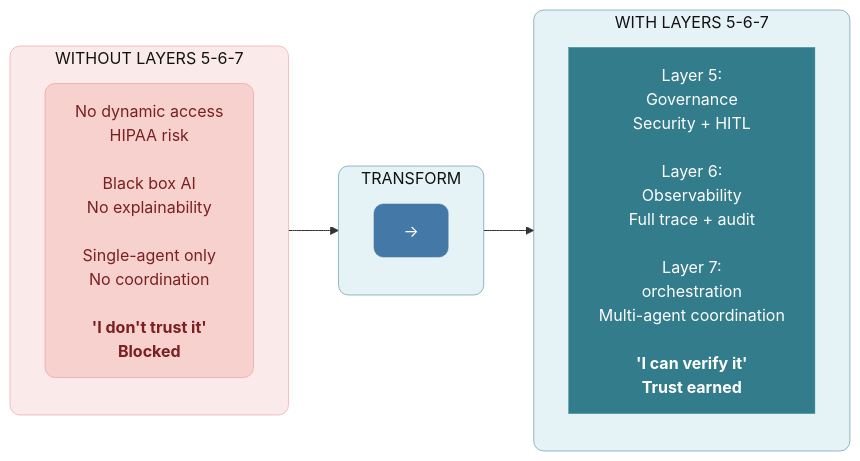
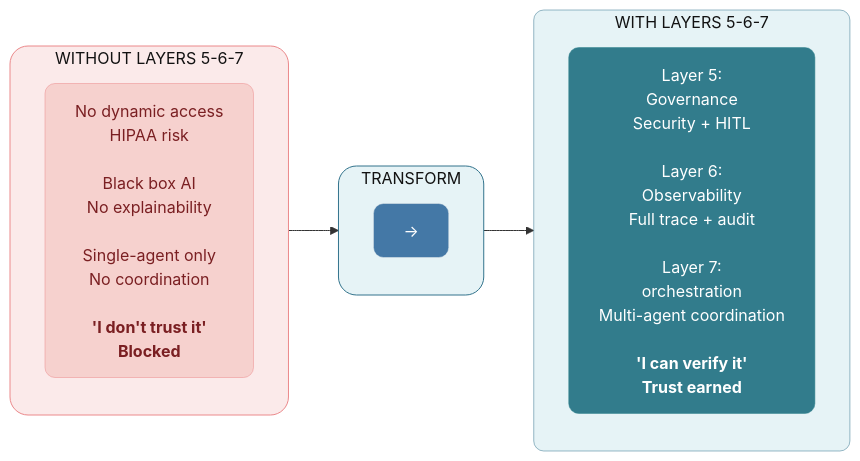
One commit to saitejesh-cyber/trust-before-intelligence-book changed the first of 14 diagrams in manuscript/07_chapter_6_transparency_orchestration_layers.md. Above: the diagram before and after it, drawn with Mermaid. The commit also changed other lines of this file and 12 other files, not shown here.

````diff
--- a/manuscript/07_chapter_6_transparency_orchestration_layers.md
+++ b/manuscript/07_chapter_6_transparency_orchestration_layers.md
@@ -8,28 +8,28 @@
 ```mermaid
 
 graph LR
     subgraph WITHOUT["WITHOUT LAYERS 5-6-7"]
         direction TB
         W1["No dynamic access<br/>HIPAA risk<br/><br/>Black box AI<br/>No explainability<br/><br/>Single-agent only<br/>No coordination<br/><br/><b>'I don't trust it'<br/>Blocked</b>"]
     end
     
     subgraph TRANSFORM["TRANSFORM"]
         direction TB
         T1["→"]
     end
     
     subgraph WITH["WITH LAYERS 5-6-7"]
         direction TB
         L1["Layer 5:<br/>Governance<br/> Security + HITL<br/><br/>Layer 6:<br/>Observability<br/>Full trace + audit<br/><br/>Layer 7:<br/>orchestration<br/>Multi-agent coordination<br/><br/><b>'I can verify it'<br/>Trust earned</b>"]
     end
     
     WITHOUT --> TRANSFORM --> WITH
     
-    style WITHOUT fill:#FBEAEA,stroke:#EB898B,stroke-width:0.5px,color:#121212,rx:10,ry:10
-    style TRANSFORM fill:#E6F3F6,stroke:#32738C,stroke-width:0.5px,color:#121212,rx:10,ry:10
+    style WITHOUT fill:#FBEAEA,stroke:#EB898B,stroke-width:1px,color:#121212,rx:18,ry:18
+    style TRANSFORM fill:#E6F3F6,stroke:#32738C,stroke-width:1px,color:#121212,rx:18,ry:18
     style WITH fill:#E6F3F6,stroke:#32738C,stroke-width:0.5px,color:#121212,rx:10,ry:10
     style W1 fill:#F6D1CE,stroke:#EB898B,stroke-width:0.5px,color:#7A1F22,rx:10,ry:10
     style T1 fill:#4478A6,stroke:#e4ebed,stroke-width:0.5px,color:#FFFFFF,rx:10,ry:10
-    style L1 fill:#327C8C,stroke:#30838C,stroke-width:0.5px,color:#ffffff
+    style L1 fill:#327C8C,stroke:#30838C,stroke-width:0.5px,color:#ffffff,rx:10,ry:10
 
 ```
````
